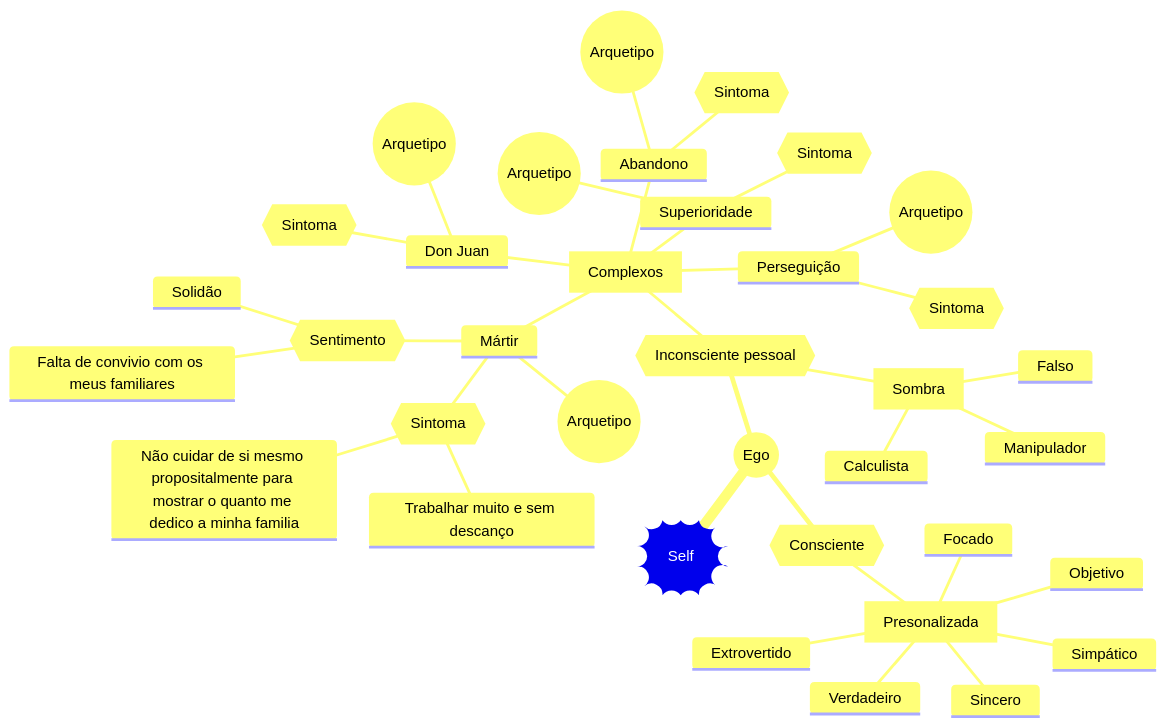
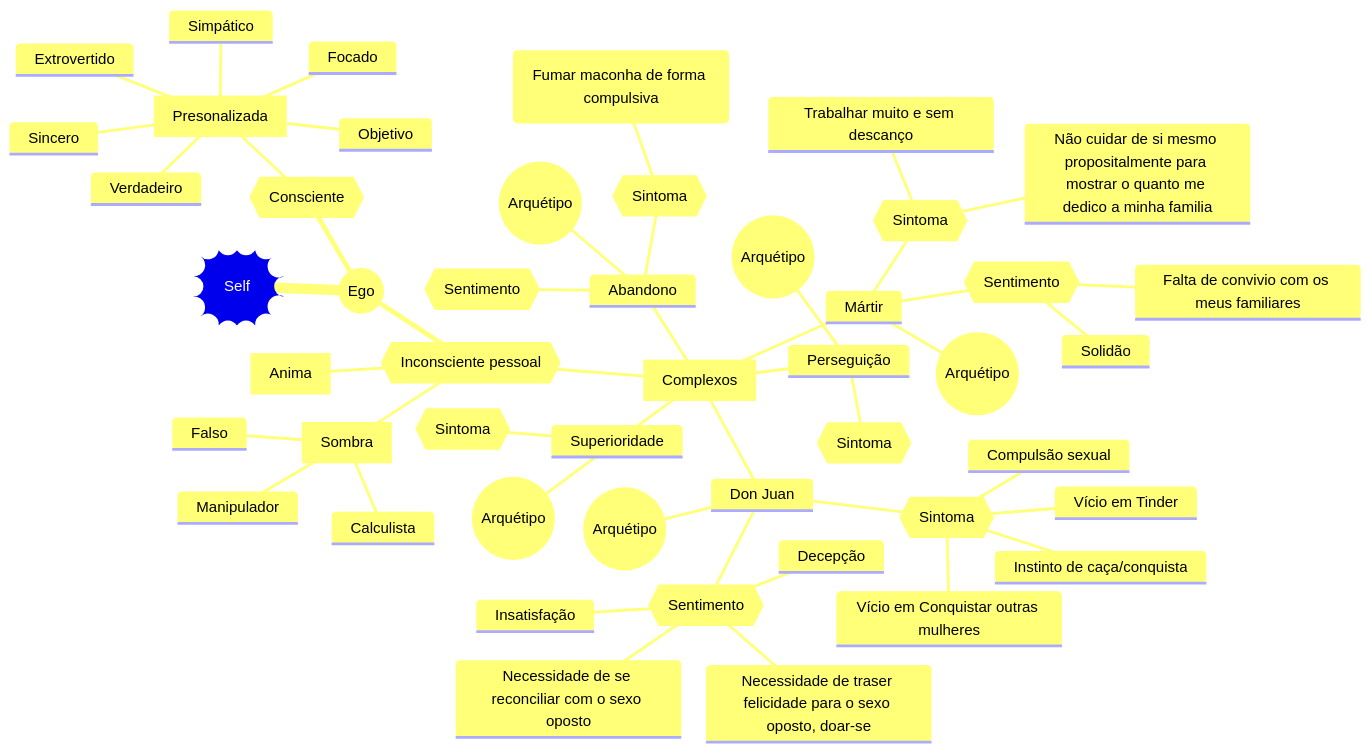
The diagram in SoulMap.md (GovindaSystems/SoulPrint), drawn with Mermaid before and after one commit.

````diff
--- a/SoulMap.md
+++ b/SoulMap.md
@@ -5,43 +5,56 @@
 ```mermaid
 mindmap
   root))Self((
     ::icon(fa fa-person)
     ((Ego))
         {{Consciente}}
             [Presonalizada]
-            ::icon(fa fa-mask)
+            ::icon(fa fa-theater-masks)
                 Simpático
                 Extrovertido
                 Focado
                 Objetivo
                 Sincero
                 Verdadeiro
         {{Inconsciente pessoal}}
             [Complexos]
             ::icon(fas fa-yin-yang)
                 Abandono
-                    ((Arquetipo))
+                    ((Arquétipo))
                     {{Sintoma}}
+                        Vício (Fumar maconha de forma compulsiva)
+                    {{Sentimento}}
                 Mártir
-                    ((Arquetipo))
+                    ((Arquétipo))
                     {{Sintoma}}
                         Trabalhar muito e sem descanço
                         Não cuidar de si mesmo propositalmente para mostrar o quanto me dedico a minha familia
                     {{Sentimento}}
                         Solidão
                         Falta de convivio com os meus familiares
                 Don Juan
-                    ((Arquetipo))
+                    ((Arquétipo))
                     {{Sintoma}}
+                        Vício em Tinder
+                        Vício em Conquistar outras mulheres
+                        Instinto de caça/conquista
+                        Compulsão sexual
+                    {{Sentimento}}
+                        Insatisfação
+                        Decepção
+                        Necessidade de se reconciliar com o sexo oposto
+                        Necessidade de traser felicidade para o sexo oposto, doar-se
                 Superioridade
-                    ((Arquetipo))
+                    ((Arquétipo))
                     {{Sintoma}}
                 Perseguição
-                    ((Arquetipo))
+                    ((Arquétipo))
                     {{Sintoma}}
+            [Anima]
+            ::icon(fas fa-female)
             [Sombra]
             ::icon(fa fa-skull)
                 Falso
                 Manipulador
                 Calculista
 ```
````
